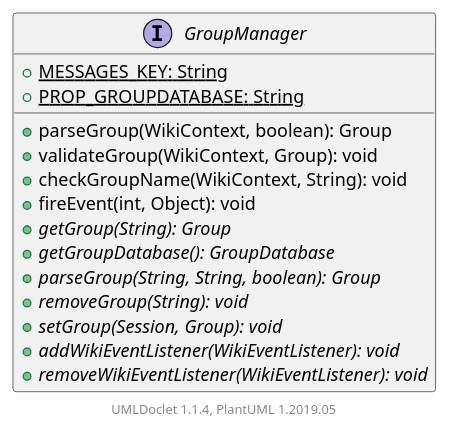
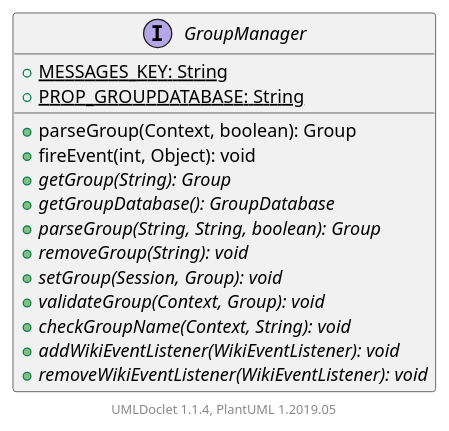
The diagram in apidocs/2.11.0.M7-SNAPSHOT/org/apache/wiki/auth/authorize/GroupManager.puml (apache/jspwiki-site), drawn with PlantUML before and after one commit. The commit also changed 1821 other files, not shown here.

```diff
--- a/apidocs/2.11.0.M7-SNAPSHOT/org/apache/wiki/auth/authorize/GroupManager.puml
+++ b/apidocs/2.11.0.M7-SNAPSHOT/org/apache/wiki/auth/authorize/GroupManager.puml
@@ -1,21 +1,21 @@
 @startuml
 
     interface GroupManager [[GroupManager.html]] {
         {static} +MESSAGES_KEY: String
         {static} +PROP_GROUPDATABASE: String
-        +parseGroup(WikiContext, boolean): Group
-        +validateGroup(WikiContext, Group): void
-        +checkGroupName(WikiContext, String): void
+        +parseGroup(Context, boolean): Group
         +fireEvent(int, Object): void
         {abstract} +getGroup(String): Group
         {abstract} +getGroupDatabase(): GroupDatabase
         {abstract} +parseGroup(String, String, boolean): Group
         {abstract} +removeGroup(String): void
         {abstract} +setGroup(Session, Group): void
+        {abstract} +validateGroup(Context, Group): void
+        {abstract} +checkGroupName(Context, String): void
         {abstract} +addWikiEventListener(WikiEventListener): void
         {abstract} +removeWikiEventListener(WikiEventListener): void
     }
 
 
     center footer UMLDoclet 1.1.4, PlantUML 1.2019.05
 @enduml
```
